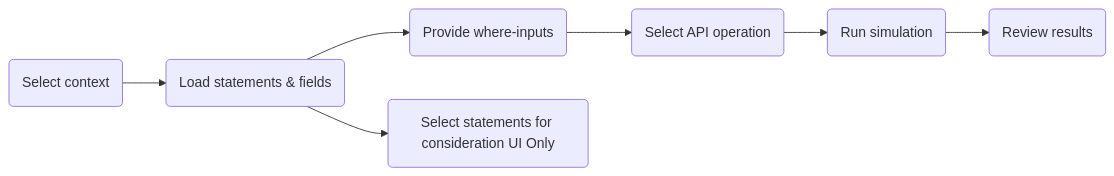
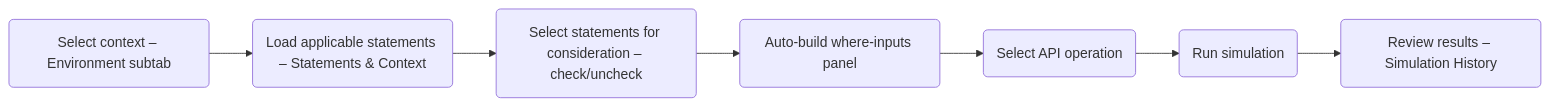
The diagram in docs/source/context/project/CONTEXT_simulation_engine.md (agregory999/oci-policy-analysis), drawn with Mermaid before and after one commit. The commit also changed other lines of this file and 16 other files, not shown here.

````diff
--- a/docs/source/context/project/CONTEXT_simulation_engine.md
+++ b/docs/source/context/project/CONTEXT_simulation_engine.md
@@ -164,9 +167,9 @@
 ```mermaid
 flowchart LR
-    A(Select context) --> B(Load statements & fields)
-    B --> C(Provide where-inputs)
-    B --> G(Select statements for consideration UI Only)
+    A(Select context – Environment subtab) --> B(Load applicable statements – Statements & Context)
+    B --> G(Select statements for consideration – check/uncheck)
+    G --> C(Auto-build where-inputs panel)
     C --> D(Select API operation)
     D --> E(Run simulation)
-    E --> F(Review results)
+    E --> F(Review results – Simulation History)
 ```
````
